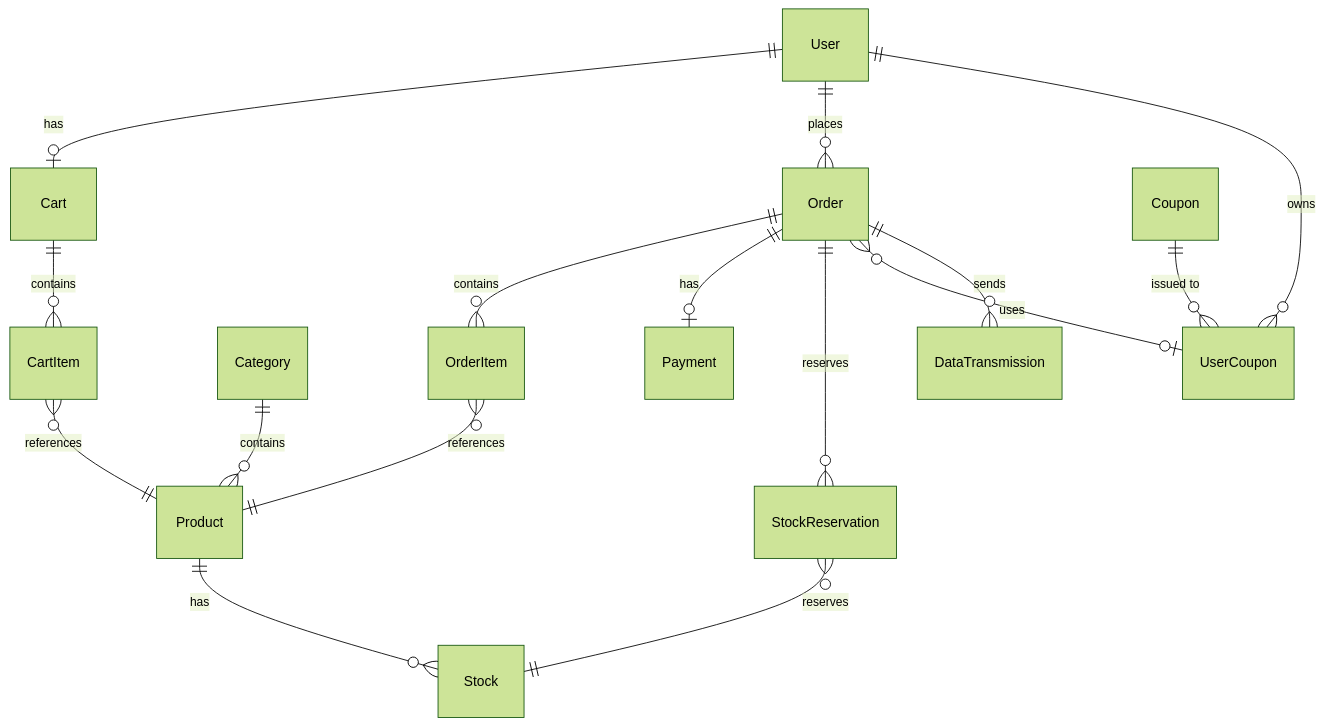
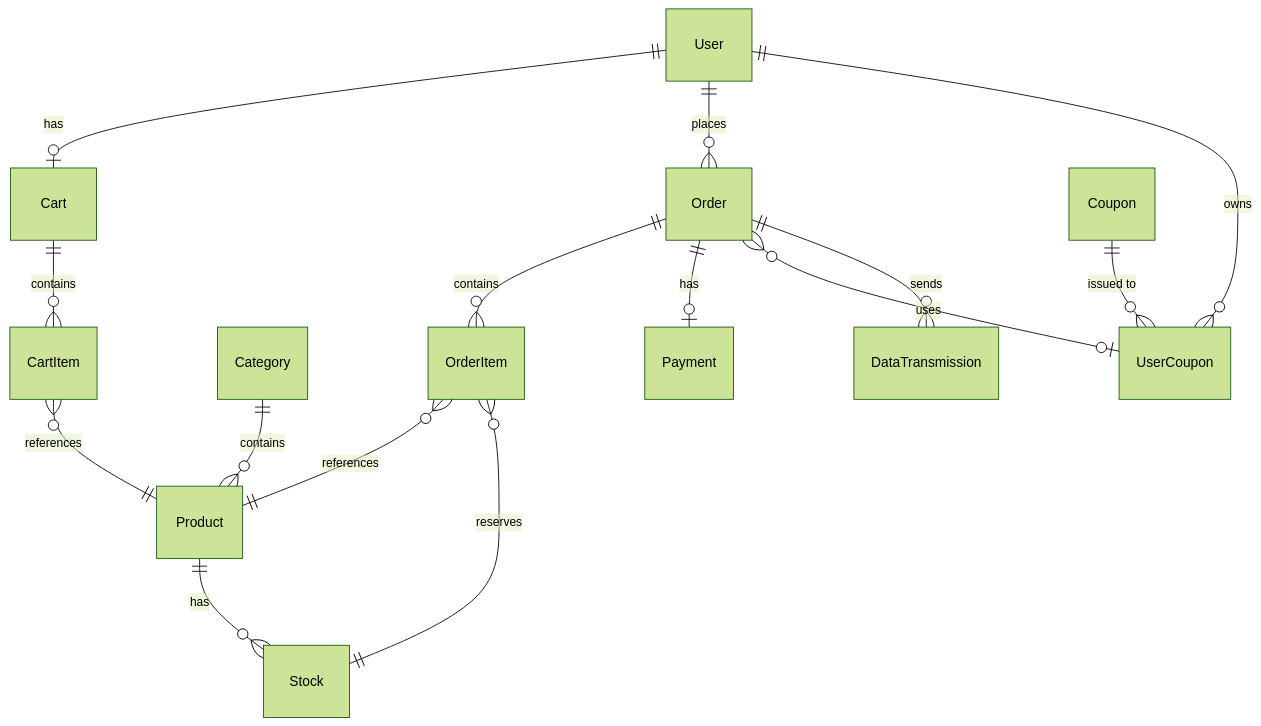
Before and after one commit to ywj3493/hhplus-e-commerce: the first of 13 diagrams in docs/dev/dashboard/data-model.md, drawn with Mermaid (forest theme). The commit also changed other lines of this file and 4 other files, not shown here.

````diff
--- a/docs/dev/dashboard/data-model.md
+++ b/docs/dev/dashboard/data-model.md
@@ -100,25 +98,23 @@
 ```mermaid
 erDiagram
     %% 도메인별 핵심 엔티티만 표시
     User ||--o| Cart : "has"
     User ||--o{ Order : "places"
     User ||--o{ UserCoupon : "owns"
 
     Category ||--o{ Product : "contains"
     Product ||--o{ Stock : "has"
 
     Cart ||--o{ CartItem : "contains"
     CartItem }o--|| Product : "references"
 
     Order ||--o{ OrderItem : "contains"
     Order ||--o| Payment : "has"
-    Order ||--o{ StockReservation : "reserves"
     Order }o--o| UserCoupon : "uses"
     OrderItem }o--|| Product : "references"
-
-    StockReservation }o--|| Stock : "reserves"
+    OrderItem }o--|| Stock : "reserves"
 
     Coupon ||--o{ UserCoupon : "issued to"
 
     Order ||--o{ DataTransmission : "sends"
 ```
````
